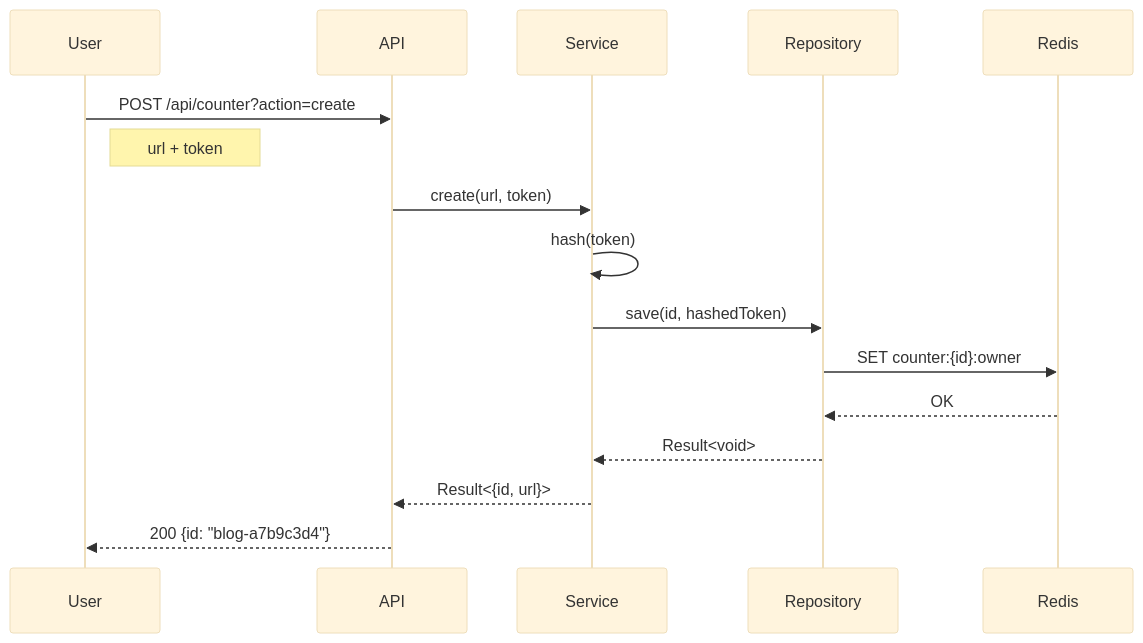
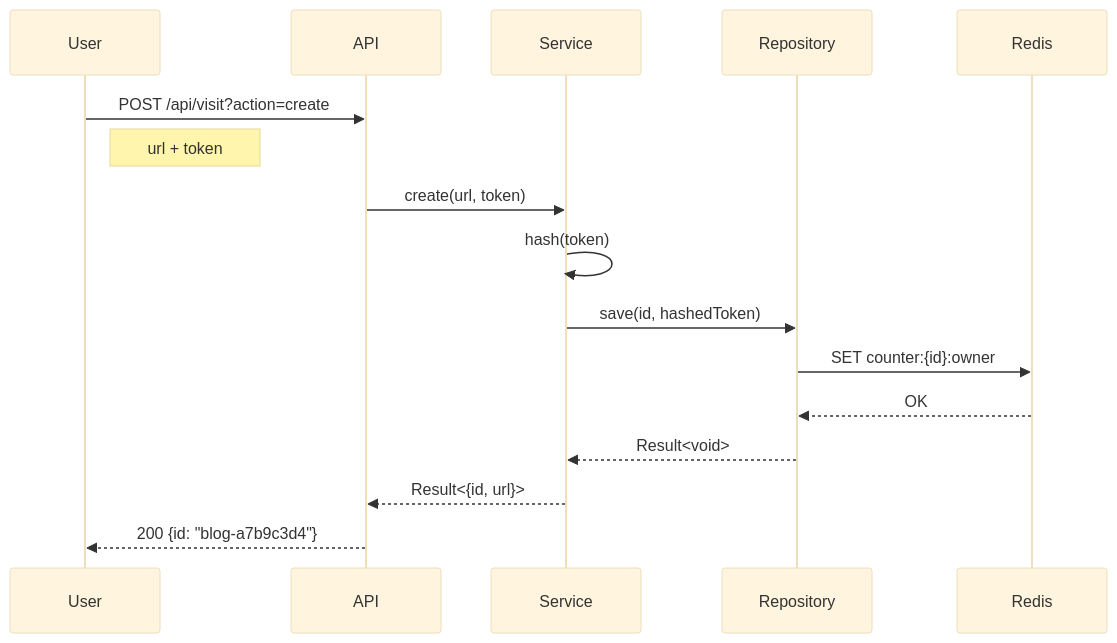
One commit to kako-jun/nostalgic changed the fifth of 6 diagrams in .claude/architecture.md. Above: the diagram before and after it, drawn with Mermaid (base theme). The commit also changed 14 other files, not shown here.

````diff
--- a/.claude/architecture.md
+++ b/.claude/architecture.md
@@ -426,19 +426,19 @@
 ```mermaid
 sequenceDiagram
     participant User
     participant API
     participant Service
     participant Repository
     participant Redis
     
-    User->>API: POST /api/counter?action=create
+    User->>API: POST /api/visit?action=create
     Note right of User: url + token
     API->>Service: create(url, token)
     Service->>Service: hash(token)
     Service->>Repository: save(id, hashedToken)
     Repository->>Redis: SET counter:{id}:owner
     Redis-->>Repository: OK
     Repository-->>Service: Result<void>
     Service-->>API: Result<{id, url}>
     API-->>User: 200 {id: "blog-a7b9c3d4"}
 ```
````
